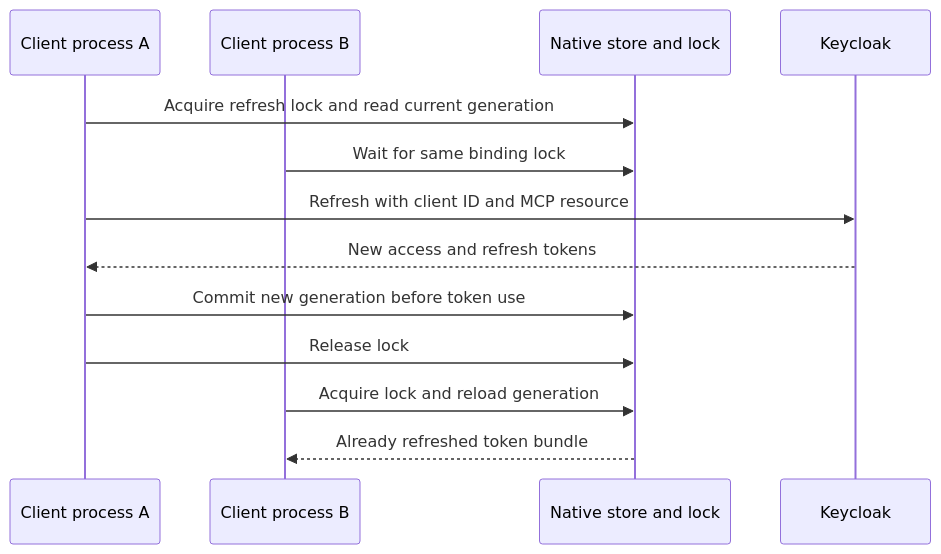
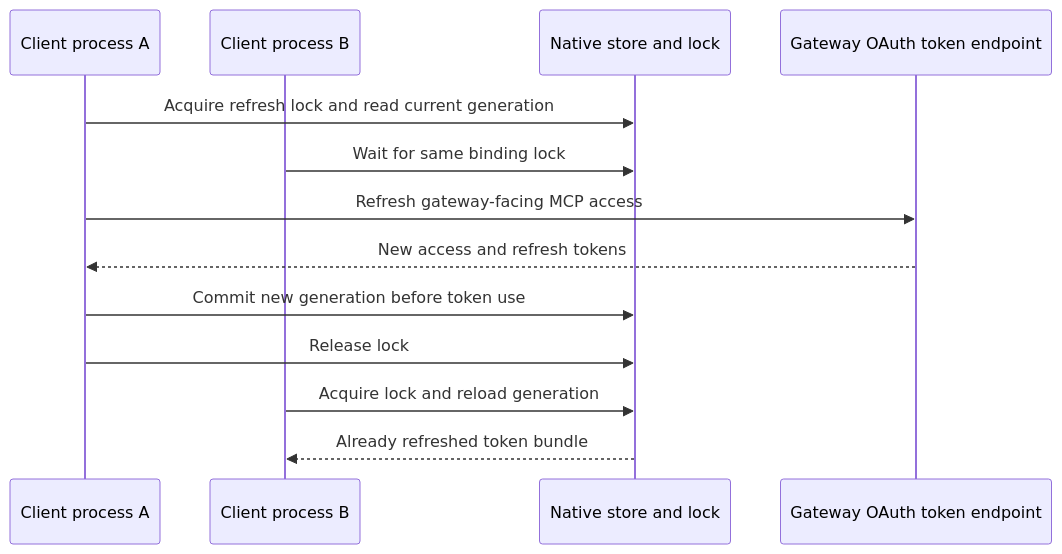
Before and after one commit to cdot65/prisma-airs-reference-architecture: the first of 2 diagrams in docs/lifecycle.md, drawn with Mermaid. The commit also changed other lines of this file and 15 other files, not shown here.

Commit message:
Align all lessons and labs with required gateway MCP and alpha14 status

````diff
--- a/docs/lifecycle.md
+++ b/docs/lifecycle.md
@@ -15,17 +15,17 @@
 ```mermaid
 sequenceDiagram
     accTitle: Concurrent refresh coordination
     accDescr: One client process locks the credential, exchanges the refresh token, and stores the new generation. A second process waits and reloads the saved credential.
     participant first as Client process A
     participant second as Client process B
     participant store as Native store and lock
-    participant keycloak as Keycloak
+    participant keycloak as Gateway OAuth token endpoint
     first->>store: Acquire refresh lock and read current generation
     second->>store: Wait for same binding lock
-    first->>keycloak: Refresh with client ID and MCP resource
+    first->>keycloak: Refresh gateway-facing MCP access
     keycloak-->>first: New access and refresh tokens
     first->>store: Commit new generation before token use
     first->>store: Release lock
     second->>store: Acquire lock and reload generation
     store-->>second: Already refreshed token bundle
 ```
````
